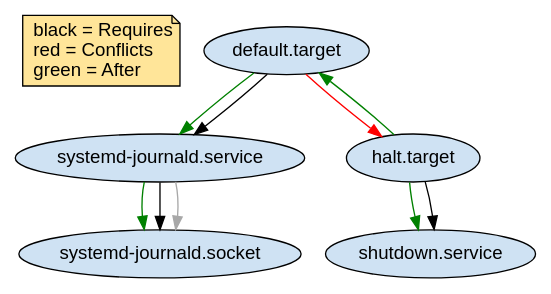
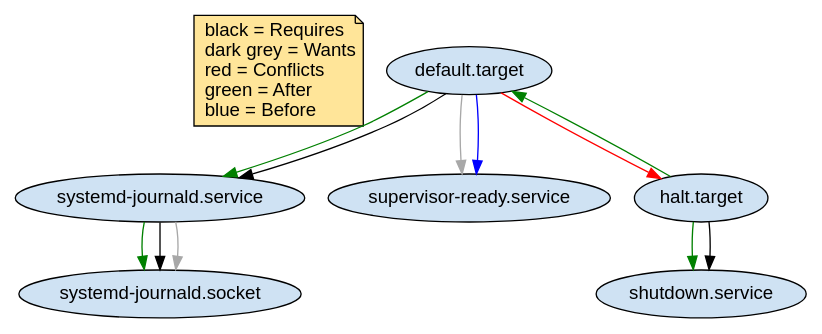
The diagram in Documentation/devel/mutable.dot (rkt/rkt), drawn with Graphviz before and after one commit. The commit also changed 11 other files, not shown here.

```diff
--- a/Documentation/devel/mutable.dot
+++ b/Documentation/devel/mutable.dot
@@ -1,28 +1,32 @@
 digraph systemd {
     node [fontname = "Arial", fillcolor="#CFE2F3", style="filled"];
 
     {
         notes [
             shape="note",
             label=<
 black = Requires<BR ALIGN="LEFT"/>
+dark grey = Wants<BR ALIGN="LEFT"/>
 red = Conflicts<BR ALIGN="LEFT"/>
 green = After<BR ALIGN="LEFT"/>
+blue = Before<BR ALIGN="LEFT"/>
 >
         ]
     }
 
     "notes" [fillcolor="#FFE599"];
 
     "default.target"->"systemd-journald.service" [color="green"];
-	"default.target"->"systemd-journald.service" [color="black"];
-	"default.target"->"halt.target" [color="red"];
+  	"default.target"->"supervisor-ready.service" [color="grey66"];
+  	"default.target"->"supervisor-ready.service" [color="blue"];
+  	"default.target"->"systemd-journald.service" [color="black"];
+  	"default.target"->"halt.target" [color="red"];
 
     "systemd-journald.service"->"systemd-journald.socket" [color="green"];
-	"systemd-journald.service"->"systemd-journald.socket" [color="black"];
-	"systemd-journald.service"->"systemd-journald.socket" [color="grey66"];
+  	"systemd-journald.service"->"systemd-journald.socket" [color="black"];
+  	"systemd-journald.service"->"systemd-journald.socket" [color="grey66"];
 
     "halt.target"->"default.target" [color="green"];
-	"halt.target"->"shutdown.service" [color="green"];
-	"halt.target"->"shutdown.service" [color="black"];
+  	"halt.target"->"shutdown.service" [color="green"];
+  	"halt.target"->"shutdown.service" [color="black"];
 }
```
